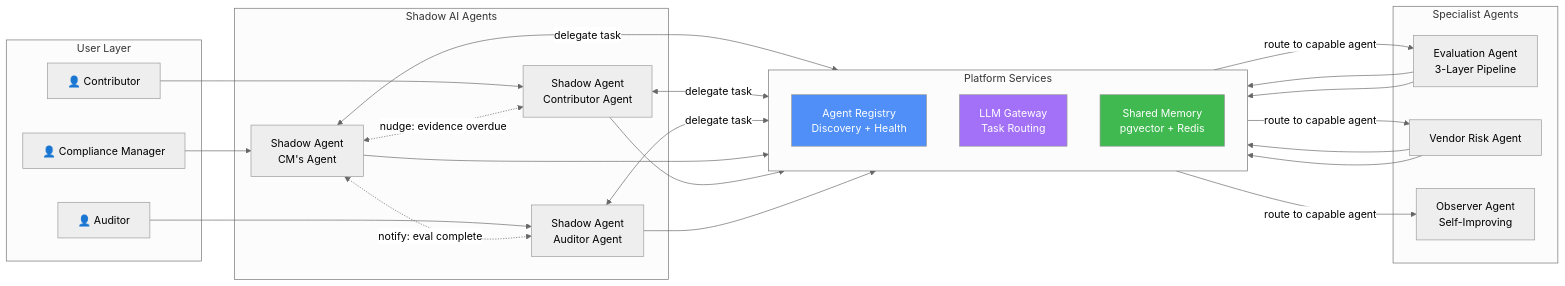
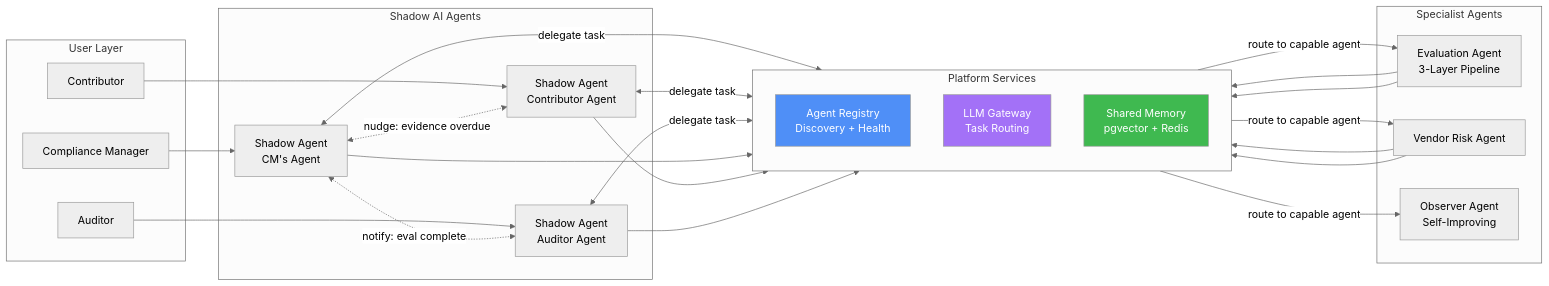
One commit to indukuk/onpremai changed the first of 6 diagrams in diagrams/slide-diagrams.md. Above: the diagram before and after it, drawn with Mermaid (neutral theme). The commit also changed other lines of this file, not shown here.

Commit message:
Fix mermaid diagrams 4-6: remove emojis, simplify nested subgraphs

````diff
--- a/diagrams/slide-diagrams.md
+++ b/diagrams/slide-diagrams.md
@@ -5,54 +5,54 @@
 ```mermaid
 flowchart LR
     subgraph Users["User Layer"]
-        U1[👤 Compliance Manager]
-        U2[👤 Contributor]
-        U3[👤 Auditor]
+        U1["Compliance Manager"]
+        U2["Contributor"]
+        U3["Auditor"]
     end
 
     subgraph Agents["Shadow AI Agents"]
         SA1[Shadow Agent<br/>CM's Agent]
         SA2[Shadow Agent<br/>Contributor Agent]
         SA3[Shadow Agent<br/>Auditor Agent]
     end
 
     subgraph Platform["Platform Services"]
         direction TB
         REG[Agent Registry<br/>Discovery + Health]
         GW[LLM Gateway<br/>Task Routing]
         MEM[Shared Memory<br/>pgvector + Redis]
     end
 
     subgraph Workers["Specialist Agents"]
         AE[Evaluation Agent<br/>3-Layer Pipeline]
         VR[Vendor Risk Agent]
         OBS[Observer Agent<br/>Self-Improving]
     end
 
     U1 --> SA1
     U2 --> SA2
     U3 --> SA3
 
     SA1 <-->|"delegate task"| REG
     SA2 <-->|"delegate task"| REG
     SA3 <-->|"delegate task"| REG
 
     REG -->|"route to capable agent"| AE
     REG -->|"route to capable agent"| VR
     REG -->|"route to capable agent"| OBS
 
     SA1 <-.->|"nudge: evidence overdue"| SA2
     SA1 <-.->|"notify: eval complete"| SA3
 
     AE --> GW
     VR --> GW
     AE --> MEM
     VR --> MEM
     SA1 --> MEM
     SA2 --> MEM
     SA3 --> MEM
 
     style REG fill:#4f8ff7,color:#fff
     style GW fill:#a371f7,color:#fff
     style MEM fill:#3fb950,color:#fff
 ```
````
